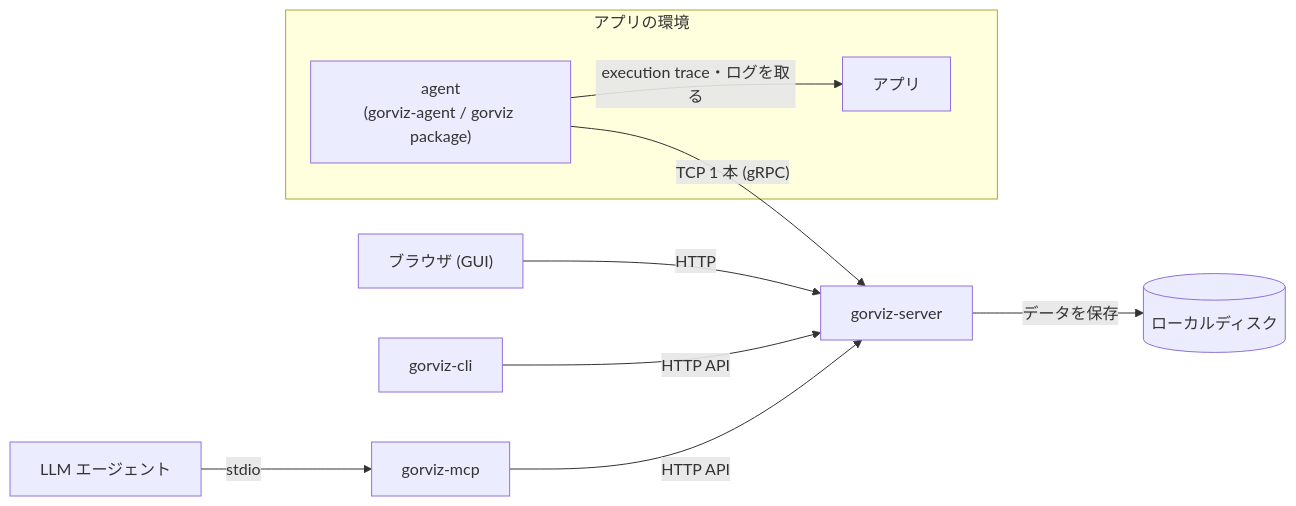
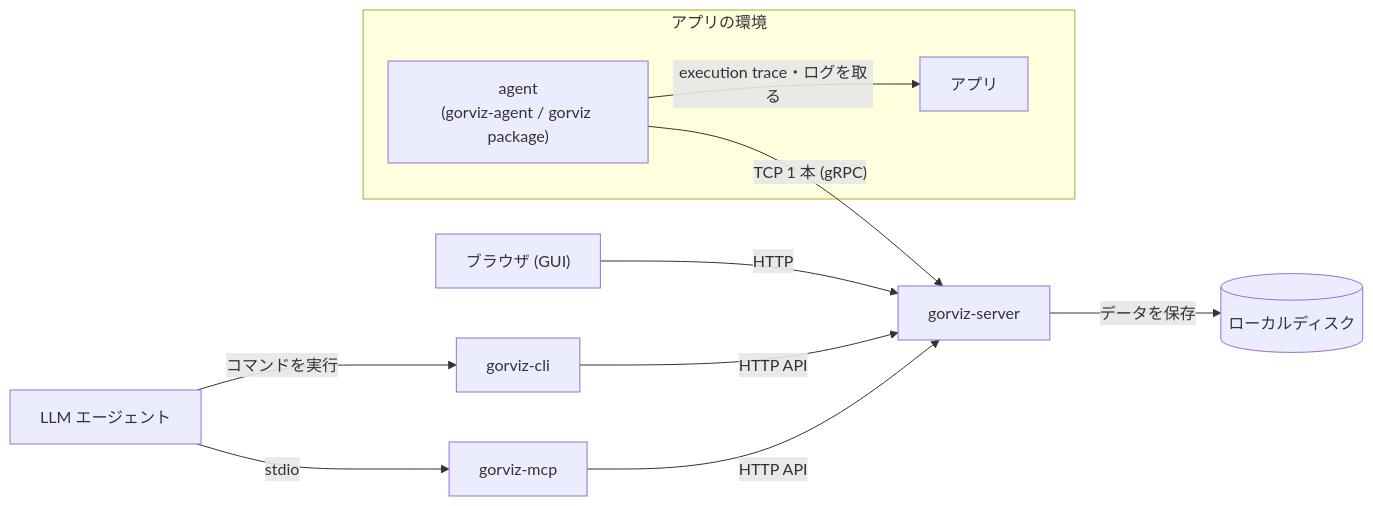
One commit to kakkky/gorviz changed the first of 6 diagrams in docs/design.md. Above: the diagram before and after it, drawn with Mermaid. The commit also changed other lines of this file, not shown here.

Commit message:
docs: judge issues against fixed thresholds and the usual values, split goroutine diagnosis from issues, notify issues by webhook, Slack and mail, shape the CLI and MCP for LLM agents, run the launcher against an app started separately, and walk through user stories step by step

````diff
--- a/docs/design.md
+++ b/docs/design.md
@@ -72,21 +82,22 @@
 ```mermaid
 flowchart LR
     subgraph appenv["アプリの環境"]
         app["アプリ"]
         agent["agent<br/>(gorviz-agent / gorviz package)"]
     end
     server["gorviz-server"]
     disk[("ローカルディスク")]
     browser["ブラウザ (GUI)"]
     cli["gorviz-cli"]
     mcp["gorviz-mcp"]
     llm["LLM エージェント"]
 
     agent -->|"execution trace・ログを取る"| app
     agent -->|"TCP 1 本 (gRPC)"| server
     server -->|"データを保存"| disk
     browser -->|"HTTP"| server
     cli -->|"HTTP API"| server
     mcp -->|"HTTP API"| server
     llm -->|"stdio"| mcp
+    llm -->|"コマンドを実行"| cli
 ```
````
